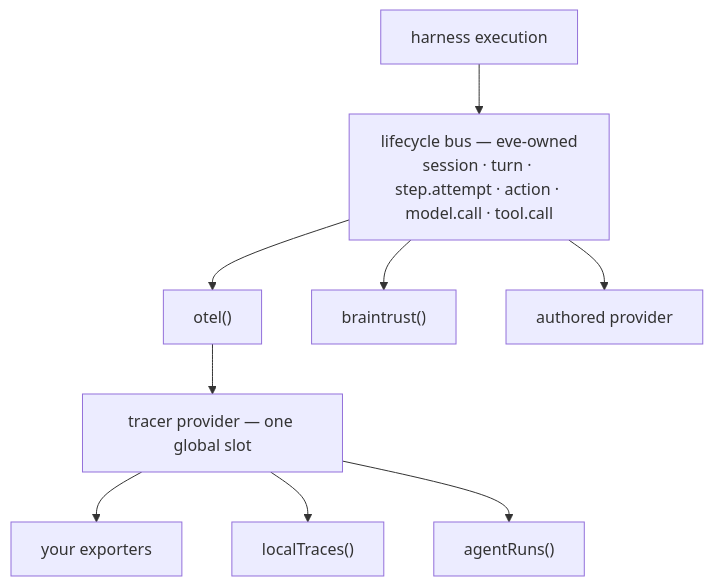
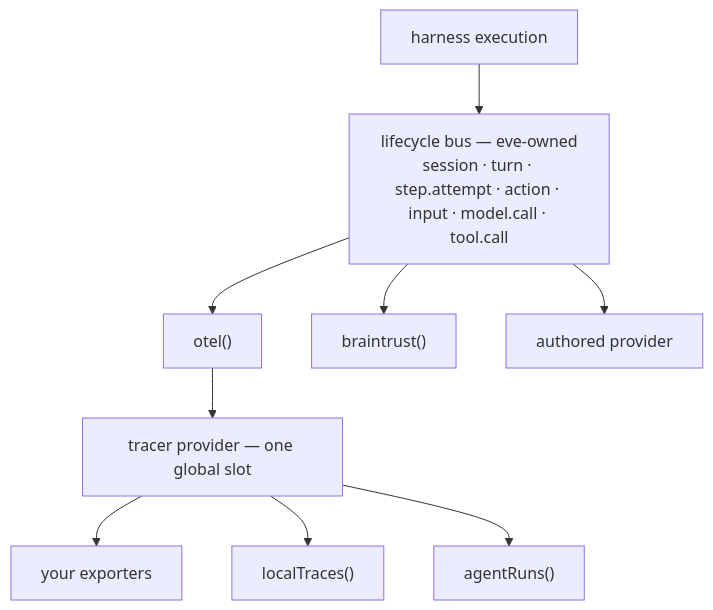
Before and after one commit to gorkking/eve-open-framework-for-building-agents: the diagram in research/instrumentation-providers.md, drawn with Mermaid. The commit also changed other lines of this file, not shown here.

Commit message:
docs(research): define durable input instrumentation

````diff
--- a/research/instrumentation-providers.md
+++ b/research/instrumentation-providers.md
@@ -93,11 +93,11 @@
 ```mermaid
 flowchart TD
-  H["harness execution"] --> B["lifecycle bus — eve-owned<br>session · turn · step.attempt · action · model.call · tool.call"]
+  H["harness execution"] --> B["lifecycle bus — eve-owned<br>session · turn · step.attempt · action · input · model.call · tool.call"]
   B --> O["otel()"]
   B --> BT["braintrust()"]
   B --> AU["authored provider"]
   O --> TP["tracer provider — one global slot"]
   TP --> EX["your exporters"]
   TP --> LT["localTraces()"]
   TP --> AR["agentRuns()"]
 ```
````
